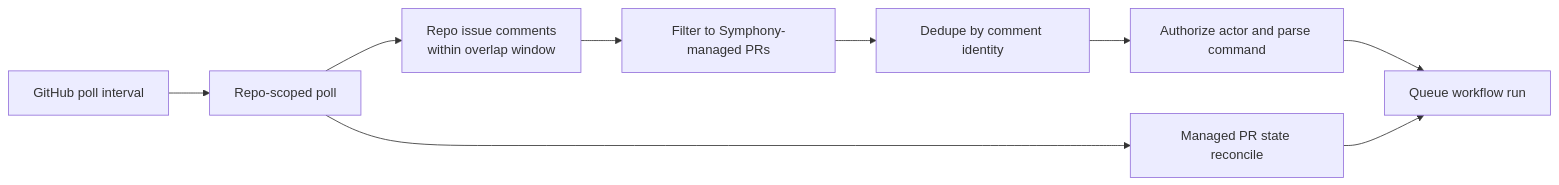
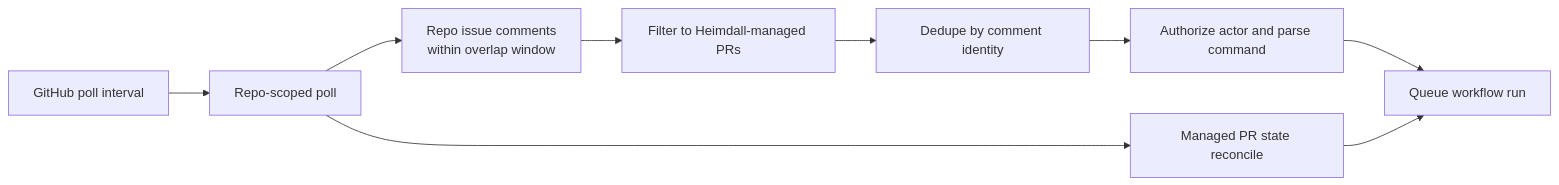
One commit to mngeow/heimdall changed the diagram in openspec/changes/archive/2026-04-04-poll-github-pr-commands/design.md. Above: the diagram before and after it, drawn with Mermaid. The commit also changed other lines of this file and 112 other files, not shown here.

````diff
--- a/openspec/changes/archive/2026-04-04-poll-github-pr-commands/design.md
+++ b/openspec/changes/archive/2026-04-04-poll-github-pr-commands/design.md
@@ -7,11 +7,11 @@
 ```mermaid
 flowchart LR
     Timer["GitHub poll interval"] --> RepoScan["Repo-scoped poll"]
     RepoScan --> Comments["Repo issue comments\nwithin overlap window"]
     RepoScan --> PRs["Managed PR state reconcile"]
-    Comments --> Filter["Filter to Symphony-managed PRs"]
+    Comments --> Filter["Filter to Heimdall-managed PRs"]
     Filter --> Dedupe["Dedupe by comment identity"]
     Dedupe --> Auth["Authorize actor and parse command"]
     Auth --> Queue["Queue workflow run"]
     PRs --> Queue
 ```
````
